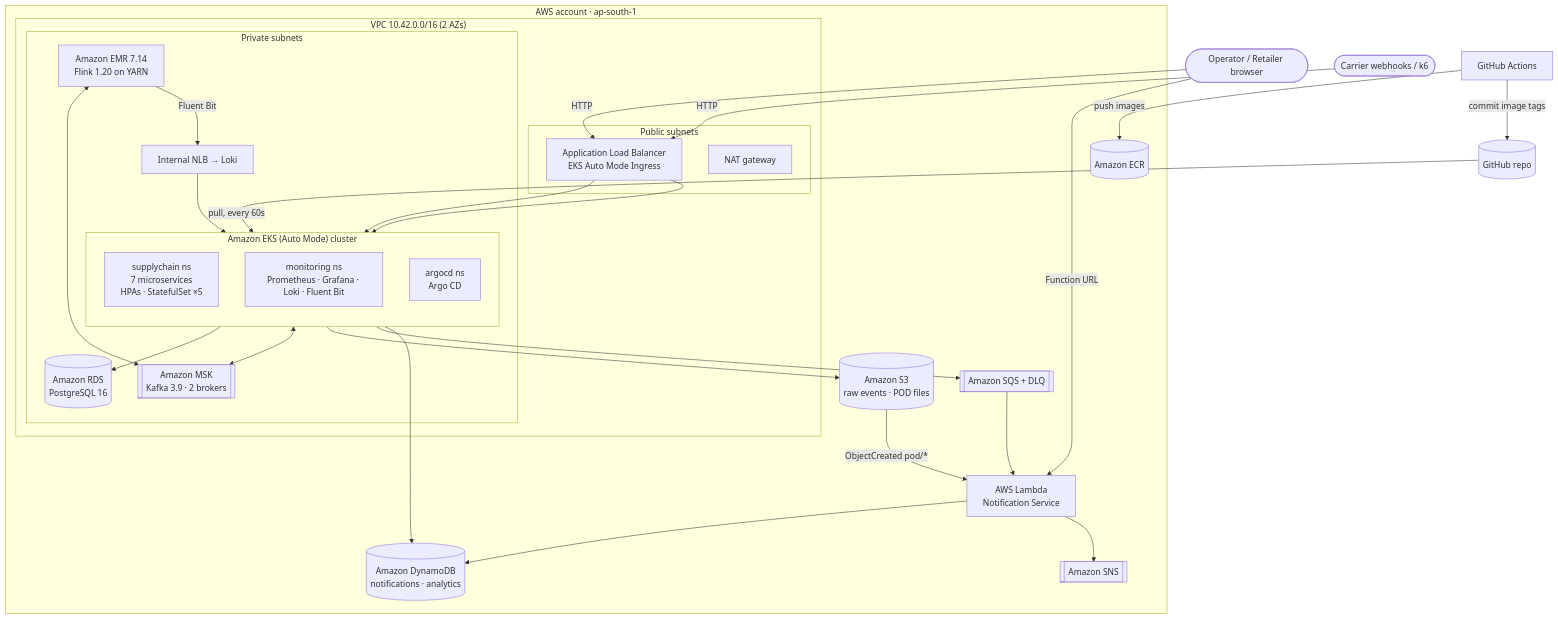
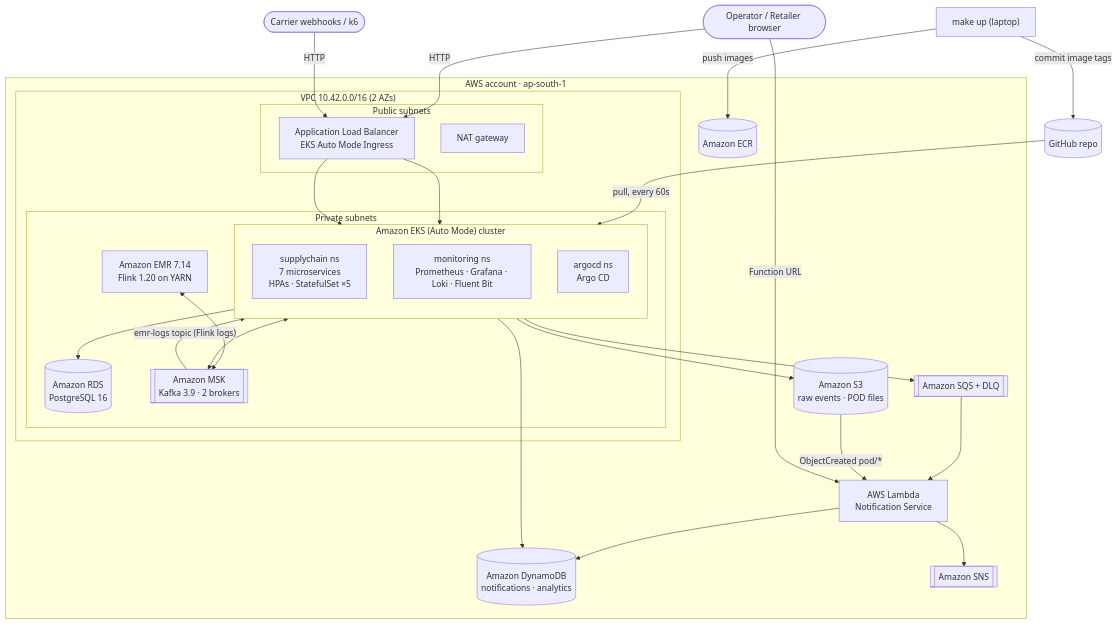
The first of 4 diagrams in docs/DESIGN.md (Ashutosh806/SupplyChain-Cloud), drawn with Mermaid before and after one commit. The commit also changed other lines of this file and 11 other files, not shown here.

Commit message:
EMR logs to Loki via Kafka

````diff
--- a/docs/DESIGN.md
+++ b/docs/DESIGN.md
@@ -44,47 +44,46 @@
 ```mermaid
 flowchart TB
   user([Operator / Retailer browser]) -->|HTTP| alb
   carrier([Carrier webhooks / k6]) -->|HTTP| alb
   subgraph AWS["AWS account · ap-south-1"]
     subgraph VPC["VPC 10.42.0.0/16 (2 AZs)"]
       subgraph pub["Public subnets"]
         alb[Application Load Balancer<br/>EKS Auto Mode Ingress]
         nat[NAT gateway]
       end
       subgraph priv["Private subnets"]
         subgraph EKS["Amazon EKS (Auto Mode) cluster"]
           direction TB
           apps["supplychain ns<br/>7 microservices<br/>HPAs · StatefulSet ×5"]
           mon["monitoring ns<br/>Prometheus · Grafana · Loki · Fluent Bit"]
           argo["argocd ns<br/>Argo CD"]
         end
         rds[(Amazon RDS<br/>PostgreSQL 16)]
         msk[[Amazon MSK<br/>Kafka 3.9 · 2 brokers]]
         emr["Amazon EMR 7.14<br/>Flink 1.20 on YARN"]
-        nlb[Internal NLB → Loki]
       end
     end
     s3[(Amazon S3<br/>raw events · POD files)]
     ddb[(Amazon DynamoDB<br/>notifications · analytics)]
     sqs[[Amazon SQS + DLQ]]
     lambda[AWS Lambda<br/>Notification Service]
     sns[[Amazon SNS]]
     ecr[(Amazon ECR)]
   end
   github[(GitHub repo)] -->|pull, every 60s| argo
-  ci[GitHub Actions] -->|push images| ecr
+  ci["make up (laptop)"] -->|push images| ecr
   ci -->|commit image tags| github
   alb --> apps
   alb --> mon
   apps --> rds
   apps <--> msk
   emr <--> msk
   apps --> s3
   apps --> sqs --> lambda
   s3 -->|ObjectCreated pod/*| lambda
   lambda --> ddb
   lambda --> sns
   apps --> ddb
-  emr -->|Fluent Bit| nlb --> mon
+  msk -->|"emr-logs topic (Flink logs)"| mon
   user -->|Function URL| lambda
 ```
````
